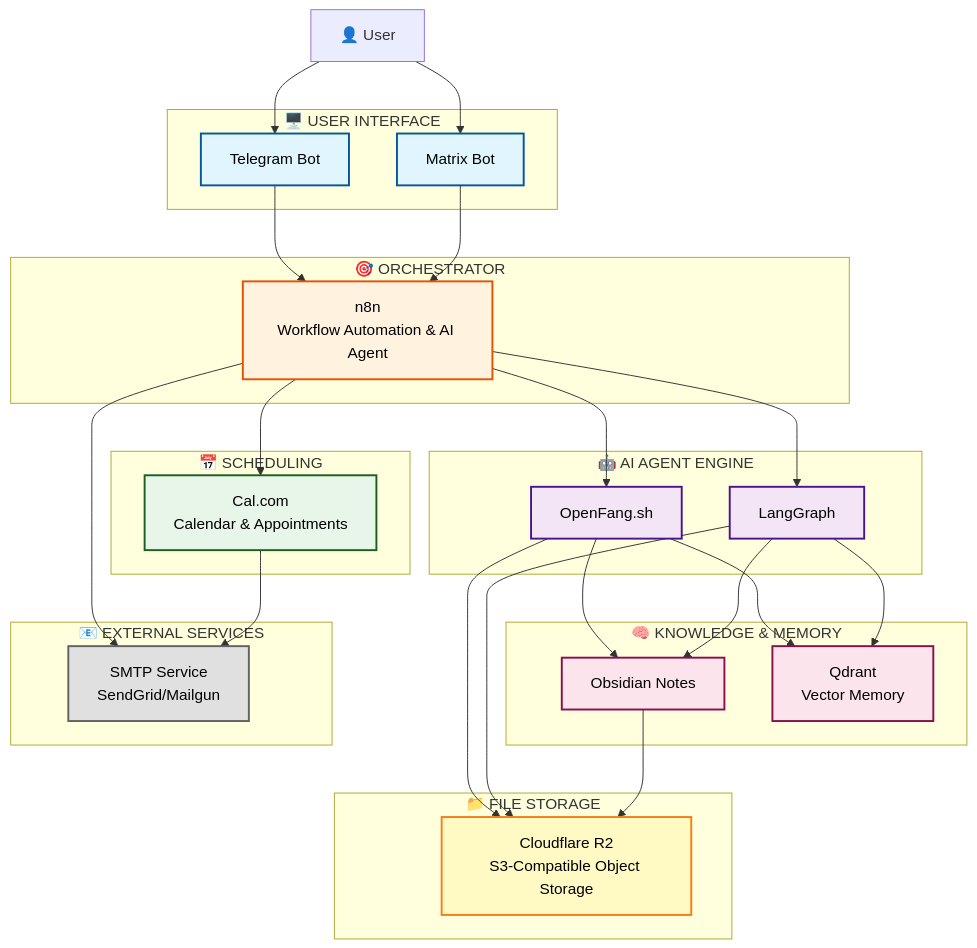
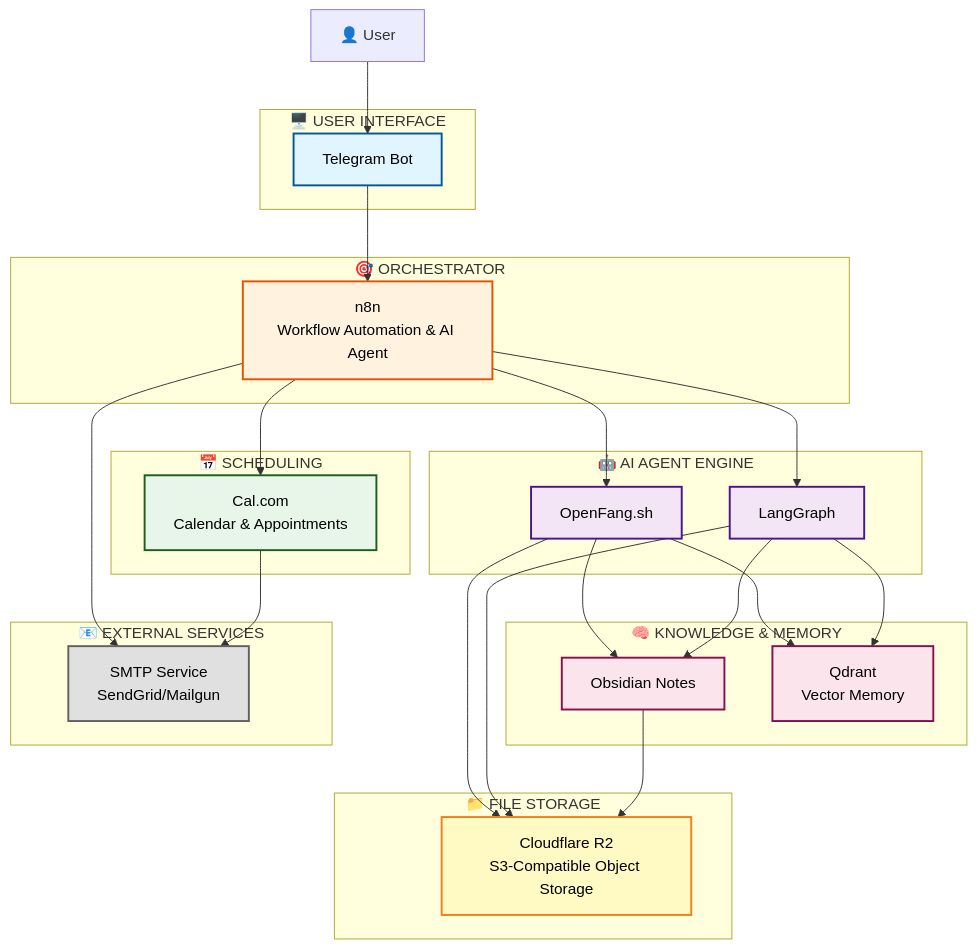
One commit to oppytut/pro-secretary changed the diagram in README.md. Above: the diagram before and after it, drawn with Mermaid. The commit also changed 1 other file, not shown here.

Commit message:
refactor: remove Matrix bot, use Telegram only
- Remove Matrix Bot from architecture diagram (Mermaid)
- Update tech stack: Telegram/Matrix → Telegram only
- Update key decisions: clarify Telegram-only approach
- Add rationale: Matrix adds unnecessary complexity for MVP
- Simplify interface layer to single bot implementation

Benefits:
- Simpler architecture (1 interface instead of 2)
- Reduced infrastructure overhead (no Matrix homeserver needed)
- Faster MVP deployment
- Clear focus on Telegram bot

Result: Single interface architecture, cleaner and more maintainable

````diff
--- a/README.md
+++ b/README.md
@@ -7,68 +7,65 @@
 ```mermaid
 graph TB
     User[👤 User]
     
     subgraph Interface["🖥️ USER INTERFACE"]
         TG[Telegram Bot]
-        Matrix[Matrix Bot]
     end
     
     subgraph Orchestrator["🎯 ORCHESTRATOR"]
         N8N[n8n<br/>Workflow Automation & AI Agent]
     end
     
     subgraph AIEngine["🤖 AI AGENT ENGINE"]
         OpenFang[OpenFang.sh]
         LangGraph[LangGraph]
     end
     
     subgraph Scheduling["📅 SCHEDULING"]
         CalCom[Cal.com<br/>Calendar & Appointments]
     end
     
     subgraph Knowledge["🧠 KNOWLEDGE & MEMORY"]
         Obsidian[Obsidian Notes]
         Qdrant[Qdrant<br/>Vector Memory]
     end
     
     subgraph Storage["📁 FILE STORAGE"]
         R2[Cloudflare R2<br/>S3-Compatible Object Storage]
     end
     
     subgraph External["📧 EXTERNAL SERVICES"]
         SMTP[SMTP Service<br/>SendGrid/Mailgun]
     end
     
     User --> TG
-    User --> Matrix
     TG --> N8N
-    Matrix --> N8N
     N8N --> OpenFang
     N8N --> LangGraph
     N8N --> CalCom
     N8N --> SMTP
     OpenFang --> Obsidian
     OpenFang --> Qdrant
     OpenFang --> R2
     LangGraph --> Obsidian
     LangGraph --> Qdrant
     LangGraph --> R2
     Obsidian --> R2
     CalCom --> SMTP
     
     classDef interfaceStyle fill:#e1f5ff,stroke:#01579b,stroke-width:2px,color:#000
     classDef orchestratorStyle fill:#fff3e0,stroke:#e65100,stroke-width:2px,color:#000
     classDef aiStyle fill:#f3e5f5,stroke:#4a148c,stroke-width:2px,color:#000
     classDef scheduleStyle fill:#e8f5e9,stroke:#1b5e20,stroke-width:2px,color:#000
     classDef knowledgeStyle fill:#fce4ec,stroke:#880e4f,stroke-width:2px,color:#000
     classDef storageStyle fill:#fff9c4,stroke:#f57f17,stroke-width:2px,color:#000
     classDef externalStyle fill:#e0e0e0,stroke:#616161,stroke-width:2px,color:#000
     
-    class TG,Matrix interfaceStyle
+    class TG interfaceStyle
     class N8N orchestratorStyle
     class OpenFang,LangGraph aiStyle
     class CalCom scheduleStyle
     class Obsidian,Qdrant knowledgeStyle
     class R2 storageStyle
     class SMTP externalStyle
 ```
````
